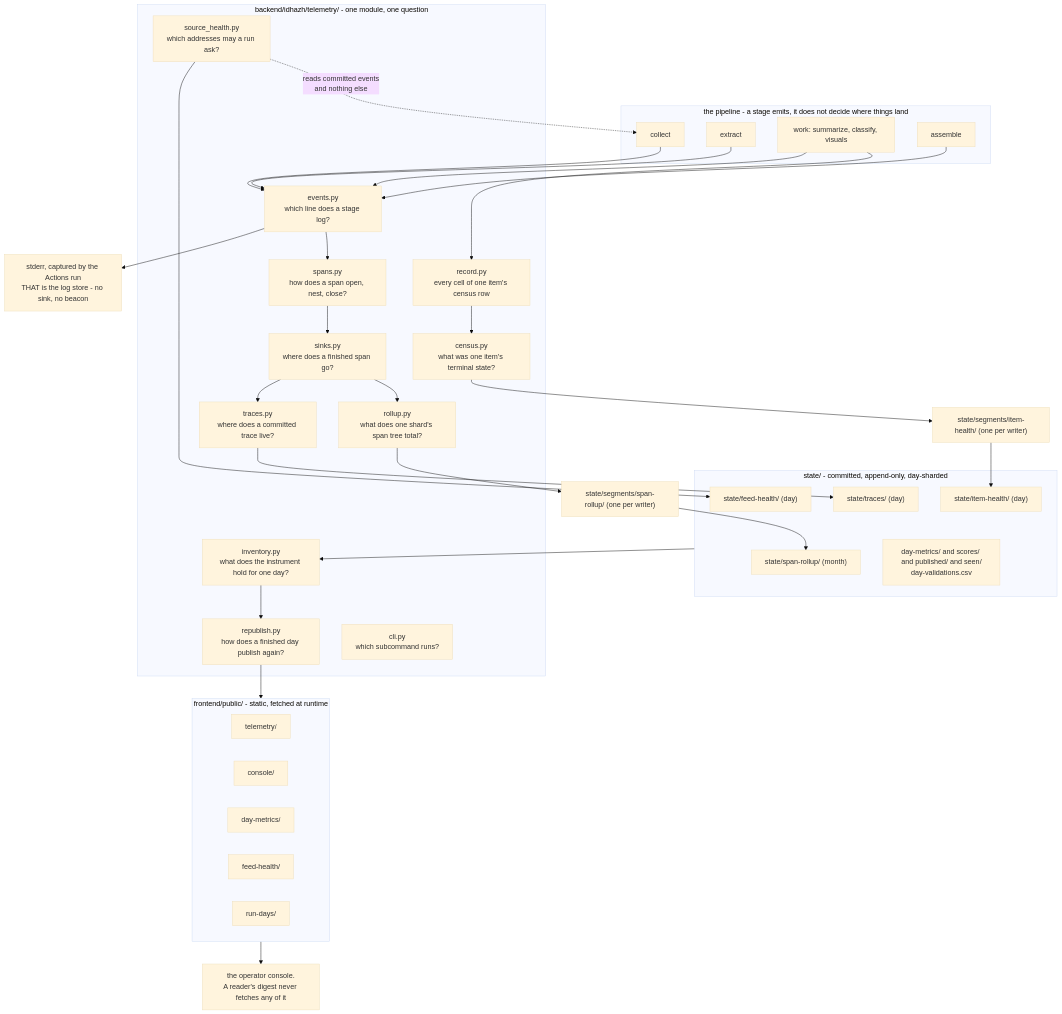
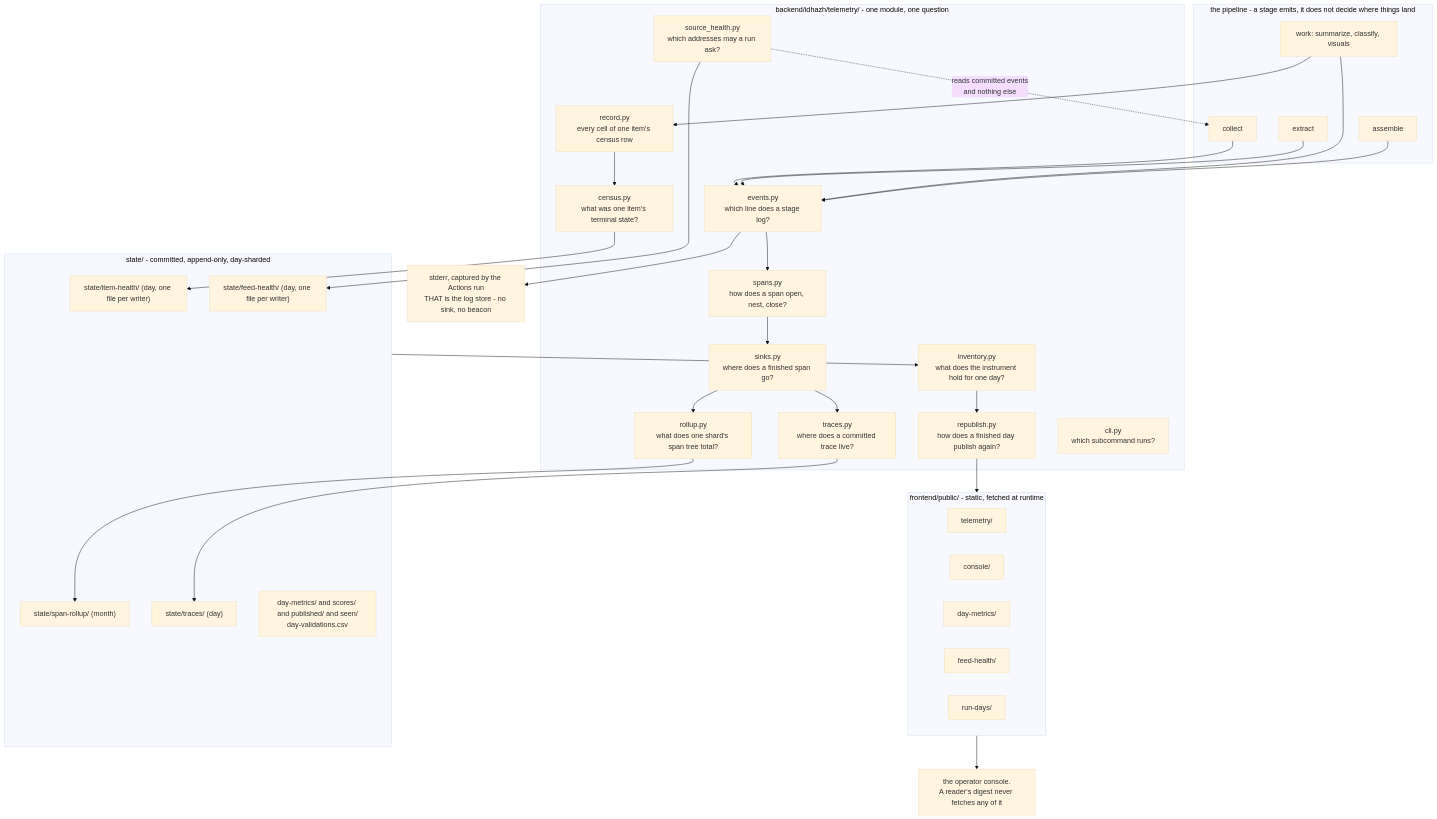
Before and after one commit to miztiik/yen-idhazh: the diagram in docs/concepts/telemetry.md, drawn with Mermaid (base theme). The commit also changed other lines of this file and 29 other files, not shown here.

````diff
--- a/docs/concepts/telemetry.md
+++ b/docs/concepts/telemetry.md
@@ -17,67 +17,64 @@
 ```mermaid
 flowchart TD
   subgraph stages["the pipeline - a stage emits, it does not decide where things land"]
     collect["collect"]
     extract["extract"]
     work["work: summarize, classify, visuals"]
     assemble["assemble"]
   end
 
   collect --> events
   extract --> events
   work --> events
   assemble --> events
   work --> record
 
   subgraph pkg["backend/idhazh/telemetry/ - one module, one question"]
     events["events.py<br/>which line does a stage log?"]
     spans["spans.py<br/>how does a span open, nest, close?"]
     sinks["sinks.py<br/>where does a finished span go?"]
     record["record.py<br/>every cell of one item's census row"]
     census["census.py<br/>what was one item's terminal state?"]
     rollup["rollup.py<br/>what does one shard's span tree total?"]
     traces["traces.py<br/>where does a committed trace live?"]
     inventory["inventory.py<br/>what does the instrument hold for one day?"]
     health["source_health.py<br/>which addresses may a run ask?"]
     republish["republish.py<br/>how does a finished day publish again?"]
     cli["cli.py<br/>which subcommand runs?"]
   end
 
   events --> stderr["stderr, captured by the Actions run<br/>THAT is the log store - no sink, no beacon"]
   events --> spans --> sinks
   sinks --> traces
   sinks --> rollup
   record --> census
 
-  census --> ih["state/segments/item-health/ (one per writer)"]
-  rollup --> sr["state/segments/span-rollup/ (one per writer)"]
+  census --> ih["state/item-health/ (day, one file per writer)"]
+  rollup --> sr["state/span-rollup/ (month)"]
   traces --> tr["state/traces/ (day)"]
-  health --> fh["state/feed-health/ (day)"]
-
-  ih --> head_ih["state/item-health/ (day)"]
-  sr --> head_sr["state/span-rollup/ (month)"]
+  health --> fh["state/feed-health/ (day, one file per writer)"]
 
   subgraph state["state/ - committed, append-only, day-sharded"]
-    head_ih
-    head_sr
+    ih
+    sr
     tr
     fh
     other["day-metrics/ and scores/ and published/ and seen/<br/>day-validations.csv"]
   end
 
   state --> inventory
   inventory --> republish
   republish --> pub
 
   subgraph pub["frontend/public/ - static, fetched at runtime"]
     telem["telemetry/"]
     cons["console/"]
     dm["day-metrics/"]
     fhp["feed-health/"]
     rd["run-days/"]
   end
 
   pub --> op["the operator console.<br/>A reader's digest never fetches any of it"]
 
   health -.->|"reads committed events<br/>and nothing else"| collect
 ```
````
